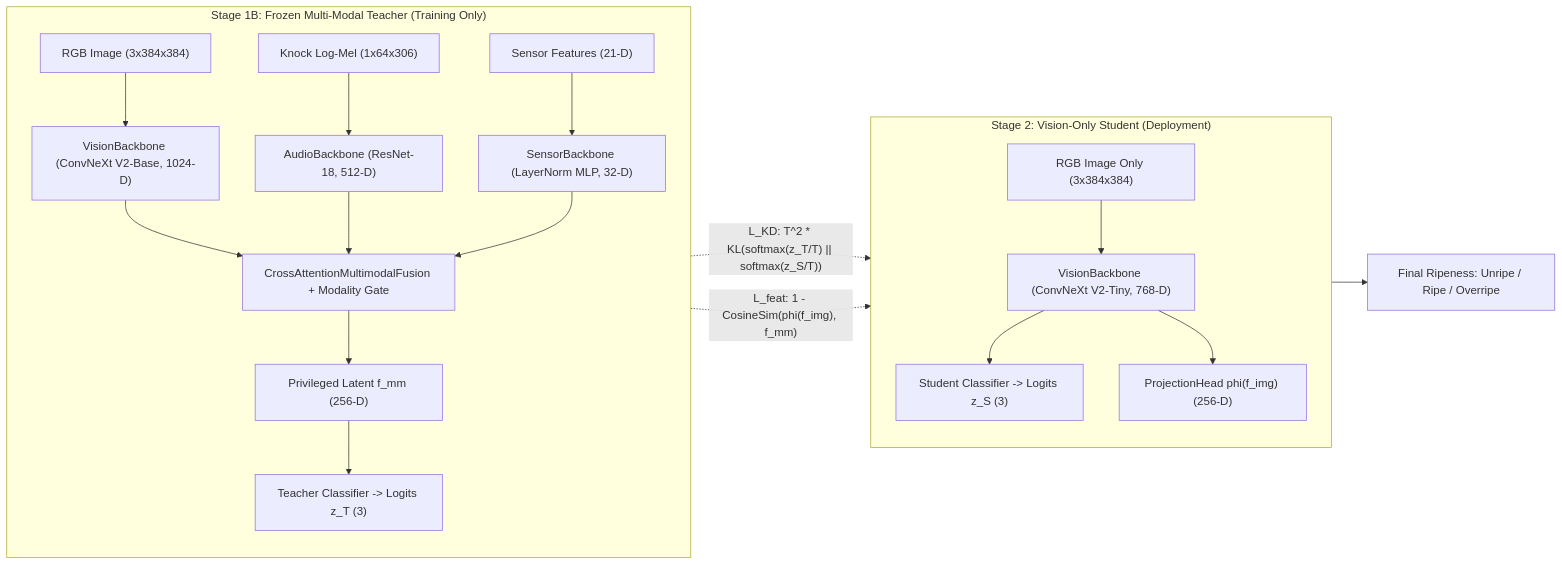
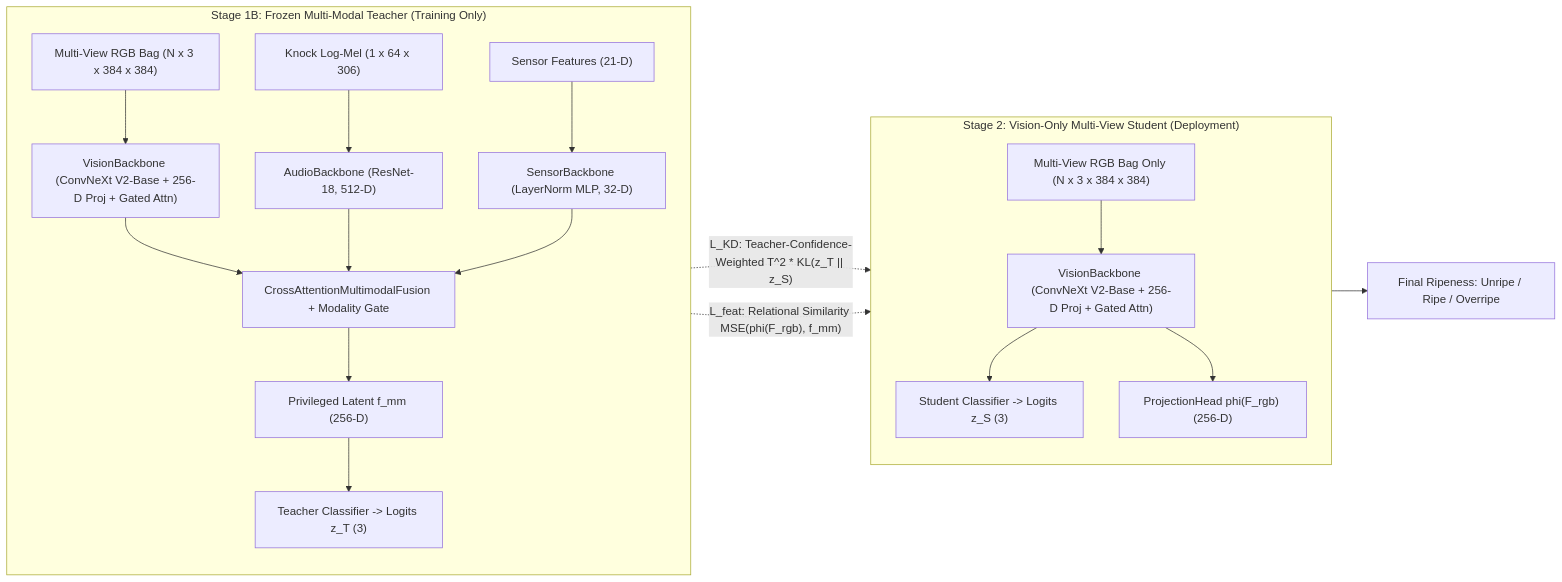
Before and after one commit to Cocobaut/durian-ripeness-classification: the diagram in README.md, drawn with Mermaid. The commit also changed other lines of this file and 1 other file, not shown here.

````diff
--- a/README.md
+++ b/README.md
@@ -151,25 +156,25 @@
 ```mermaid
 flowchart LR
     subgraph S1["Stage 1B: Frozen Multi-Modal Teacher (Training Only)"]
         direction TB
-        V_IN["RGB Image (3x384x384)"] --> VB_T["VisionBackbone (ConvNeXt V2-Base, 1024-D)"]
-        A_IN["Knock Log-Mel (1x64x306)"] --> AB_T["AudioBackbone (ResNet-18, 512-D)"]
+        V_IN["Multi-View RGB Bag (N x 3 x 384 x 384)"] --> VB_T["VisionBackbone (ConvNeXt V2-Base + 256-D Proj + Gated Attn)"]
+        A_IN["Knock Log-Mel (1 x 64 x 306)"] --> AB_T["AudioBackbone (ResNet-18, 512-D)"]
         S_IN["Sensor Features (21-D)"] --> SB_T["SensorBackbone (LayerNorm MLP, 32-D)"]
         VB_T --> XF["CrossAttentionMultimodalFusion + Modality Gate"]
         AB_T --> XF
         SB_T --> XF
         XF --> FMM["Privileged Latent f_mm (256-D)"]
         FMM --> T_CLS["Teacher Classifier -> Logits z_T (3)"]
     end
 
-    subgraph S2["Stage 2: Vision-Only Student (Deployment)"]
+    subgraph S2["Stage 2: Vision-Only Multi-View Student (Deployment)"]
         direction TB
-        S_V_IN["RGB Image Only (3x384x384)"] --> VB_S["VisionBackbone (ConvNeXt V2-Tiny, 768-D)"]
+        S_V_IN["Multi-View RGB Bag Only (N x 3 x 384 x 384)"] --> VB_S["VisionBackbone (ConvNeXt V2-Base + 256-D Proj + Gated Attn)"]
         VB_S --> S_CLS["Student Classifier -> Logits z_S (3)"]
-        VB_S --> PROJ["ProjectionHead phi(f_img) (256-D)"]
+        VB_S --> PROJ["ProjectionHead phi(F_rgb) (256-D)"]
     end
 
-    T_CLS -. "L_KD: T^2 * KL(softmax(z_T/T) || softmax(z_S/T))" .-> S_CLS
-    FMM -. "L_feat: 1 - CosineSim(phi(f_img), f_mm)" .-> PROJ
+    T_CLS -. "L_KD: Teacher-Confidence-Weighted T^2 * KL(z_T || z_S)" .-> S_CLS
+    FMM -. "L_feat: Relational Similarity MSE(phi(F_rgb), f_mm)" .-> PROJ
     S_CLS --> PRED["Final Ripeness: Unripe / Ripe / Overripe"]
 ```
````
